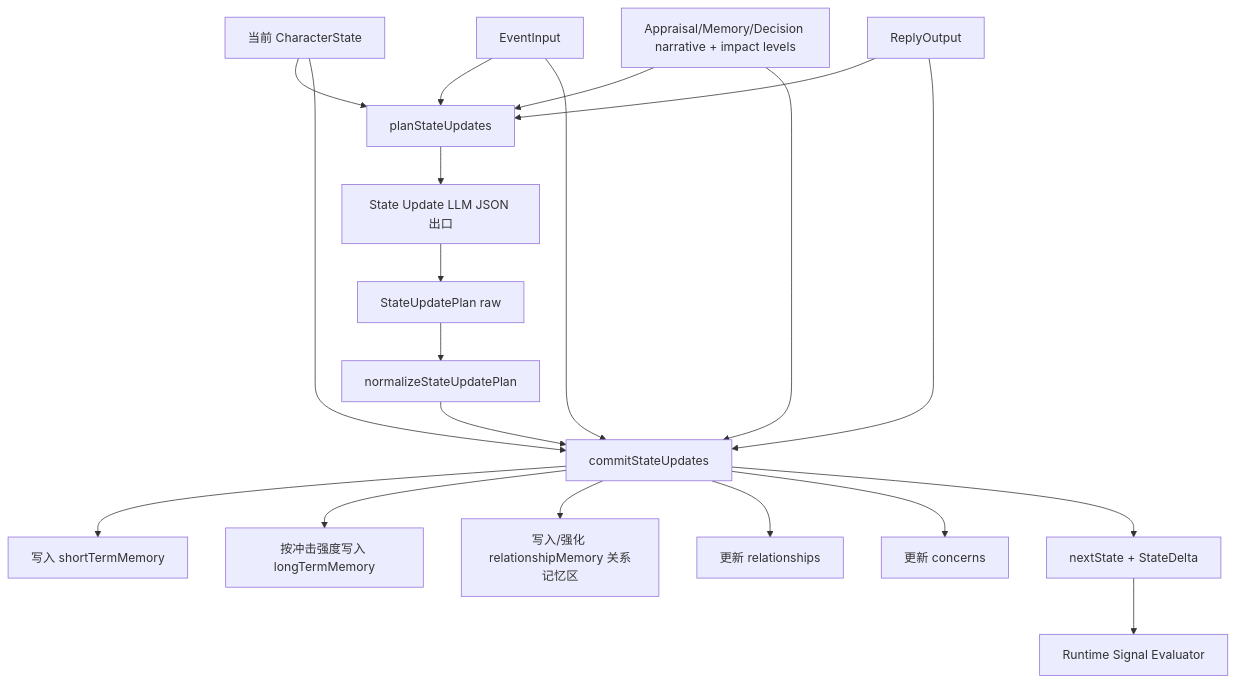
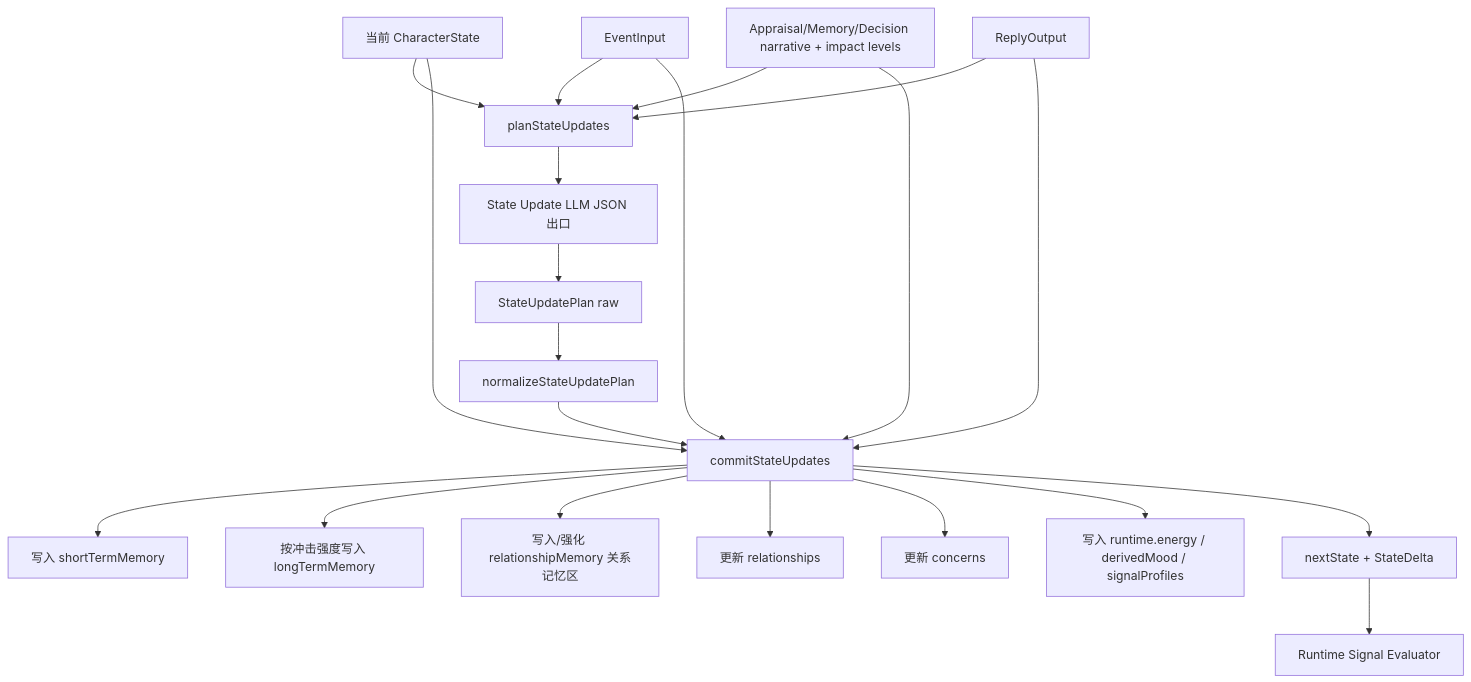
Before and after one commit to ttmanthatman/virtual-human-flow: diagram 21 of 31 in docs/SYSTEM_FLOW.md, drawn with Mermaid. The commit also changed other lines of this file and 19 other files, not shown here.

````diff
--- a/docs/SYSTEM_FLOW.md
+++ b/docs/SYSTEM_FLOW.md
@@ -538,22 +540,23 @@
 ```mermaid
 flowchart TD
     S["当前 CharacterState"] --> PLAN["planStateUpdates"]
     E["EventInput"] --> PLAN
     R["ReplyOutput"] --> PLAN
     C["Appraisal/Memory/Decision narrative + impact levels"] --> PLAN
     PLAN --> CLIENT["State Update LLM JSON 出口"]
     CLIENT --> RAW["StateUpdatePlan raw"]
     RAW --> NORM["normalizeStateUpdatePlan"]
     NORM --> COMMIT["commitStateUpdates"]
     C --> COMMIT
     S --> COMMIT
     E --> COMMIT
     R --> COMMIT
     COMMIT --> STM["写入 shortTermMemory"]
     COMMIT --> LTM["按冲击强度写入 longTermMemory"]
     COMMIT --> RMEM["写入/强化 relationshipMemory 关系记忆区"]
     COMMIT --> REL["更新 relationships"]
     COMMIT --> CONCERN["更新 concerns"]
+    COMMIT --> RUNTIME["写入 runtime.energy / derivedMood / signalProfiles"]
     COMMIT --> NEXT["nextState + StateDelta"]
     NEXT --> SIGNAL["Runtime Signal Evaluator"]
 ```
````
